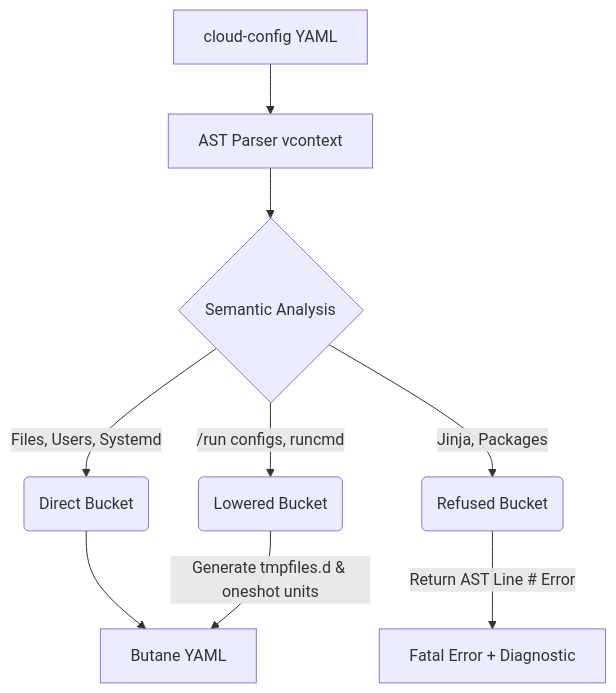
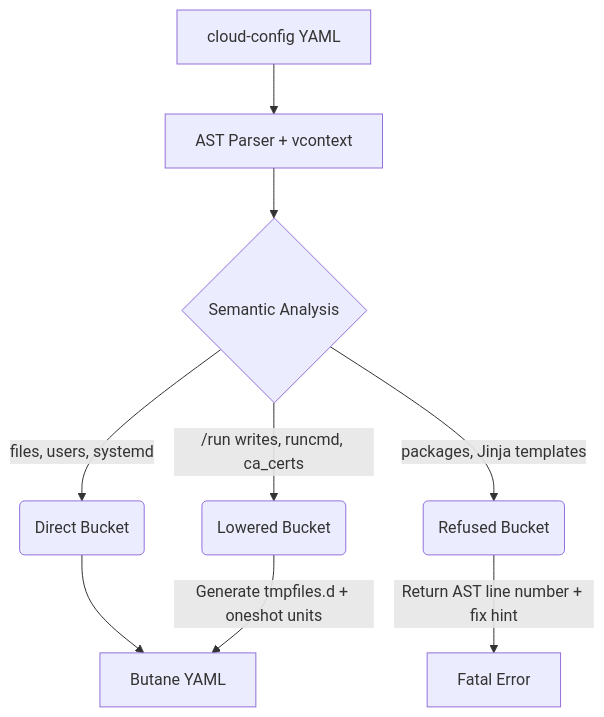
Before and after one commit to Aryanbhargava18/cloud-init-to-butane: the diagram in README.md, drawn with Mermaid. The commit also changed other lines of this file and 3 other files, not shown here.

````diff
--- a/README.md
+++ b/README.md
@@ -17,12 +25,12 @@
 ```mermaid
 graph TD
-    A[cloud-config YAML] --> B[AST Parser vcontext]
+    A[cloud-config YAML] --> B[AST Parser + vcontext]
     B --> C{Semantic Analysis}
-    C -->|Files, Users, Systemd| D(Direct Bucket)
-    C -->|/run configs, runcmd| E(Lowered Bucket)
-    C -->|Jinja, Packages| F(Refused Bucket)
-    
+    C -->|files, users, systemd| D(Direct Bucket)
+    C -->|/run writes, runcmd, ca_certs| E(Lowered Bucket)
+    C -->|packages, Jinja templates| F(Refused Bucket)
+
     D --> G[Butane YAML]
-    E -->|Generate tmpfiles.d & oneshot units| G
-    F -->|Return AST Line # Error| H[Fatal Error + Diagnostic]
+    E -->|Generate tmpfiles.d + oneshot units| G
+    F -->|Return AST line number + fix hint| H[Fatal Error]
 ```
````
